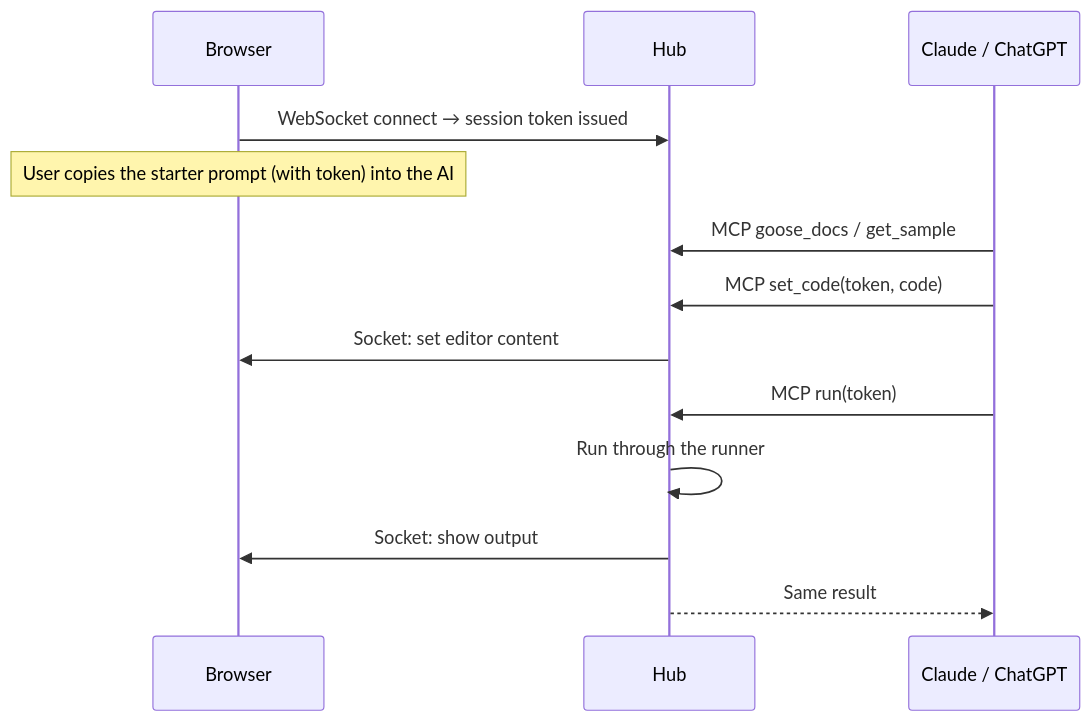
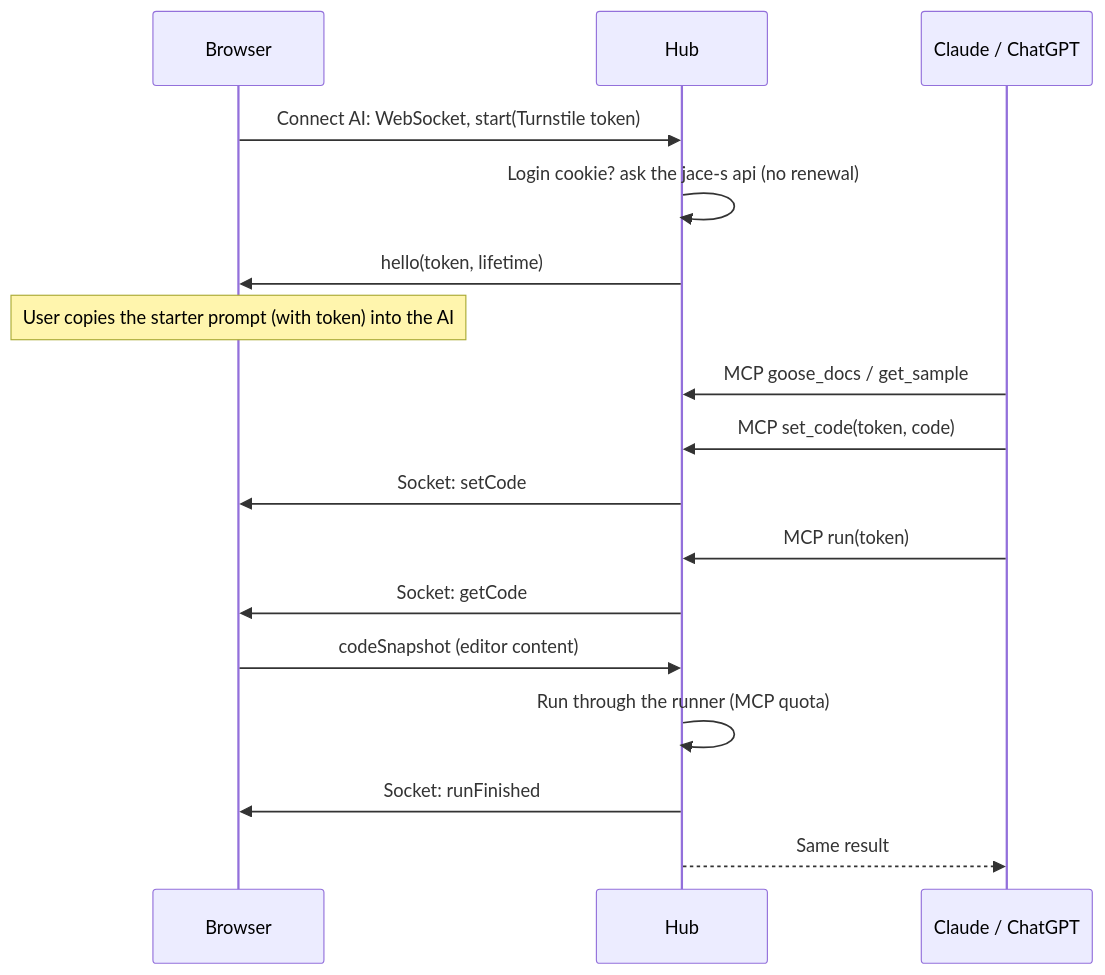
Before and after one commit to JaceDashS/goose-programming-language-playground: the third of 4 diagrams in docs/architecture/20-data-flow.md, drawn with Mermaid. The commit also changed other lines of this file and 32 other files, not shown here.

First line of the commit message:
[feat] Connect an AI to the playground through MCP

````diff
--- a/docs/architecture/20-data-flow.md
+++ b/docs/architecture/20-data-flow.md
@@ -55,15 +55,19 @@
 ```mermaid
 sequenceDiagram
     participant B as Browser
     participant H as Hub
     participant AI as Claude / ChatGPT
-    B->>H: WebSocket connect → session token issued
+    B->>H: Connect AI: WebSocket, start(Turnstile token)
+    H->>H: Login cookie? ask the jace-s api (no renewal)
+    H->>B: hello(token, lifetime)
     Note over B: User copies the starter prompt (with token) into the AI
     AI->>H: MCP goose_docs / get_sample
     AI->>H: MCP set_code(token, code)
-    H->>B: Socket: set editor content
+    H->>B: Socket: setCode
     AI->>H: MCP run(token)
-    H->>H: Run through the runner
-    H->>B: Socket: show output
+    H->>B: Socket: getCode
+    B->>H: codeSnapshot (editor content)
+    H->>H: Run through the runner (MCP quota)
+    H->>B: Socket: runFinished
     H-->>AI: Same result
 ```
````
